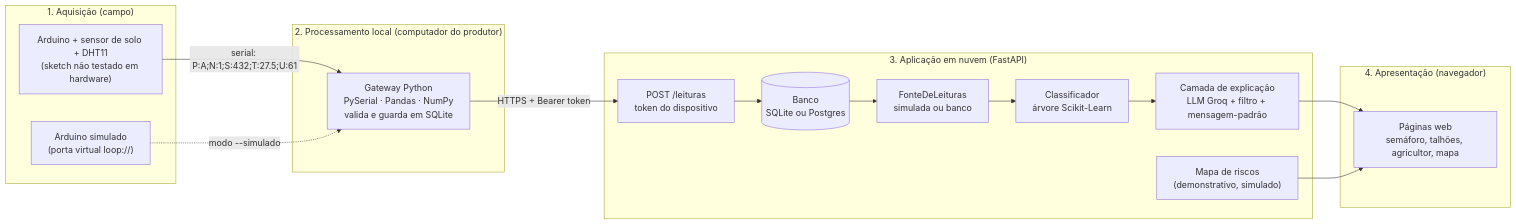
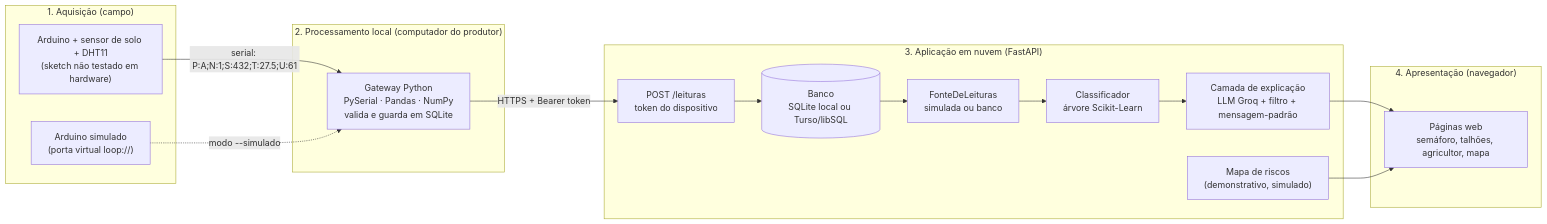
Before and after one commit to JulianoDADR/FAESA-Projeto-Integrador-IV: the diagram in docs/ARQUITETURA.md, drawn with Mermaid. The commit also changed other lines of this file and 46 other files, not shown here.

````diff
--- a/docs/ARQUITETURA.md
+++ b/docs/ARQUITETURA.md
@@ -6,26 +6,26 @@
 ```mermaid
 flowchart LR
   subgraph Campo["1. Aquisição (campo)"]
     A["Arduino + sensor de solo + DHT11<br/>(sketch não testado em hardware)"]
     AS["Arduino simulado<br/>(porta virtual loop://)"]
   end
   subgraph Local["2. Processamento local (computador do produtor)"]
     G["Gateway Python<br/>PySerial · Pandas · NumPy<br/>valida e guarda em SQLite"]
   end
   subgraph Nuvem["3. Aplicação em nuvem (FastAPI)"]
     I["POST /leituras<br/>token do dispositivo"]
-    B[("Banco<br/>SQLite ou Postgres")]
+    B[("Banco<br/>SQLite local ou Turso/libSQL")]
     F["FonteDeLeituras<br/>simulada ou banco"]
     C["Classificador<br/>árvore Scikit-Learn"]
     E["Camada de explicação<br/>LLM Groq + filtro + mensagem-padrão"]
     R["Mapa de riscos<br/>(demonstrativo, simulado)"]
   end
   subgraph Tela["4. Apresentação (navegador)"]
     P["Páginas web<br/>semáforo, talhões, agricultor, mapa"]
   end
   A -- "serial: P:A;N:1;S:432;T:27.5;U:61" --> G
   AS -. "modo --simulado" .-> G
   G -- "HTTPS + Bearer token" --> I --> B --> F
   F --> C --> E --> P
   R --> P
 ```
````
